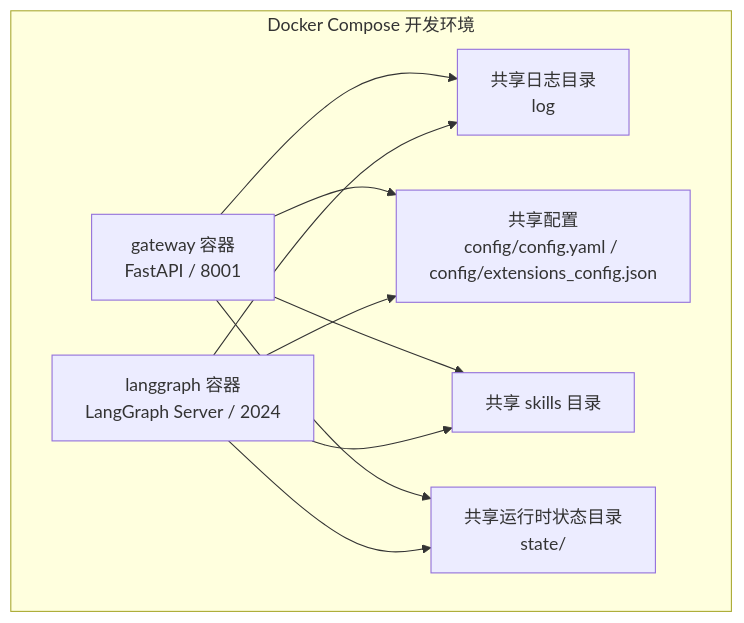
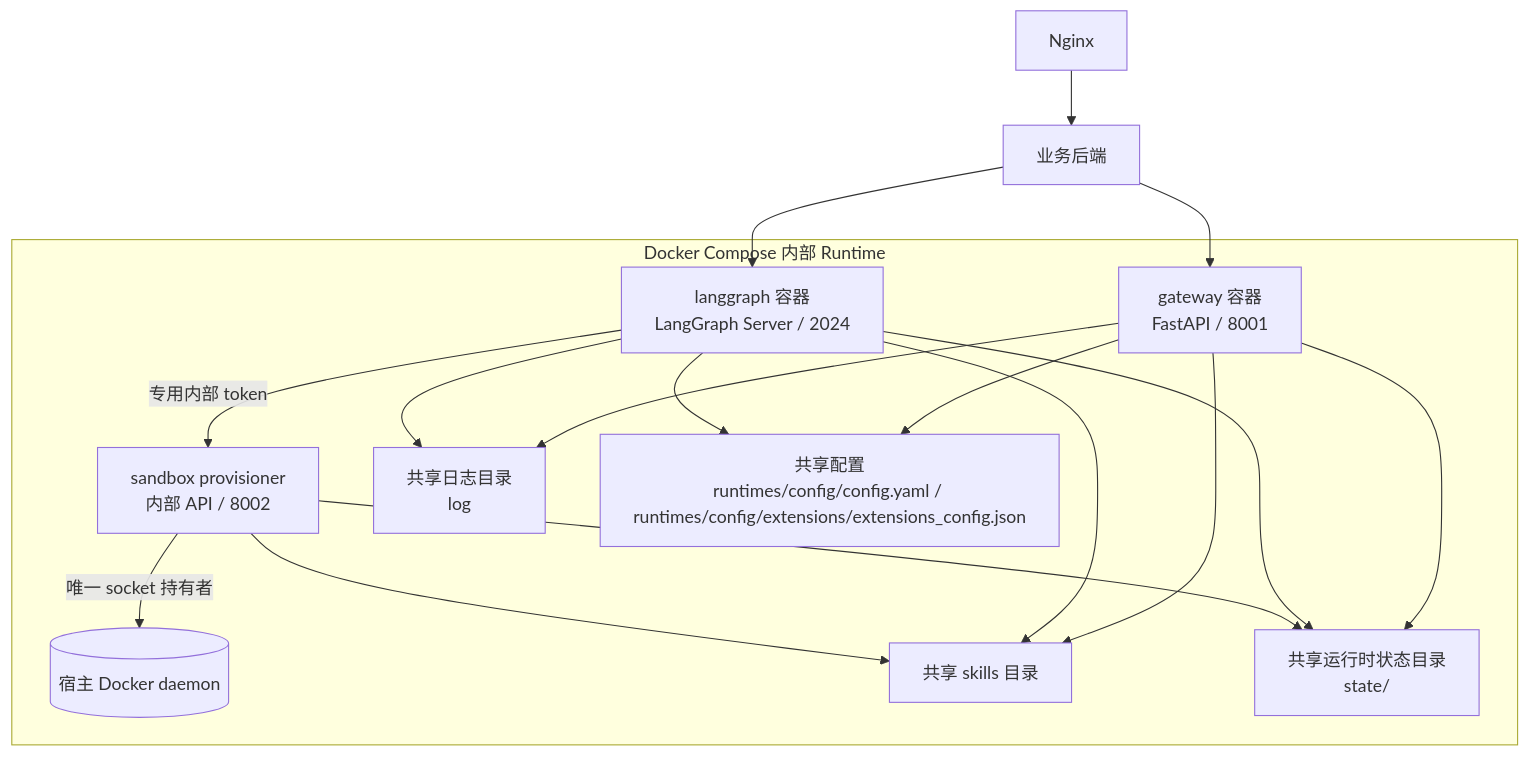
One commit to changqingla/Lumen changed the second of 7 diagrams in docs/Gateway与LangGraph架构技术文档.md. Above: the diagram before and after it, drawn with Mermaid. The commit also changed other lines of this file and 481 other files, not shown here.

````diff
--- a/docs/Gateway与LangGraph架构技术文档.md
+++ b/docs/Gateway与LangGraph架构技术文档.md
@@ -97,21 +101,31 @@
 ```mermaid
 flowchart TB
-    subgraph DEV[Docker Compose 开发环境]
+    N[Nginx] --> API[业务后端]
+    subgraph DEV[Docker Compose 内部 Runtime]
         GW[gateway 容器\nFastAPI / 8001]
         LG[langgraph 容器\nLangGraph Server / 2024]
+        SP[sandbox provisioner\n内部 API / 8002]
+        DOCKER[(宿主 Docker daemon)]
         LOGS[共享日志目录\nlog]
-        CFG[共享配置\nconfig/config.yaml / config/extensions_config.json]
+        CFG[共享配置\nruntimes/config/config.yaml / runtimes/config/extensions/extensions_config.json]
         SKILLS[共享 skills 目录]
         DATA[共享运行时状态目录\nstate/]
     end
+
+    API --> GW
+    API --> LG
 
     GW --> LOGS
     GW --> CFG
     GW --> SKILLS
     GW --> DATA
 
     LG --> LOGS
     LG --> CFG
     LG --> SKILLS
     LG --> DATA
+    LG -->|专用内部 token| SP
+    SP -->|唯一 socket 持有者| DOCKER
+    SP --> DATA
+    SP --> SKILLS
 ```
````
